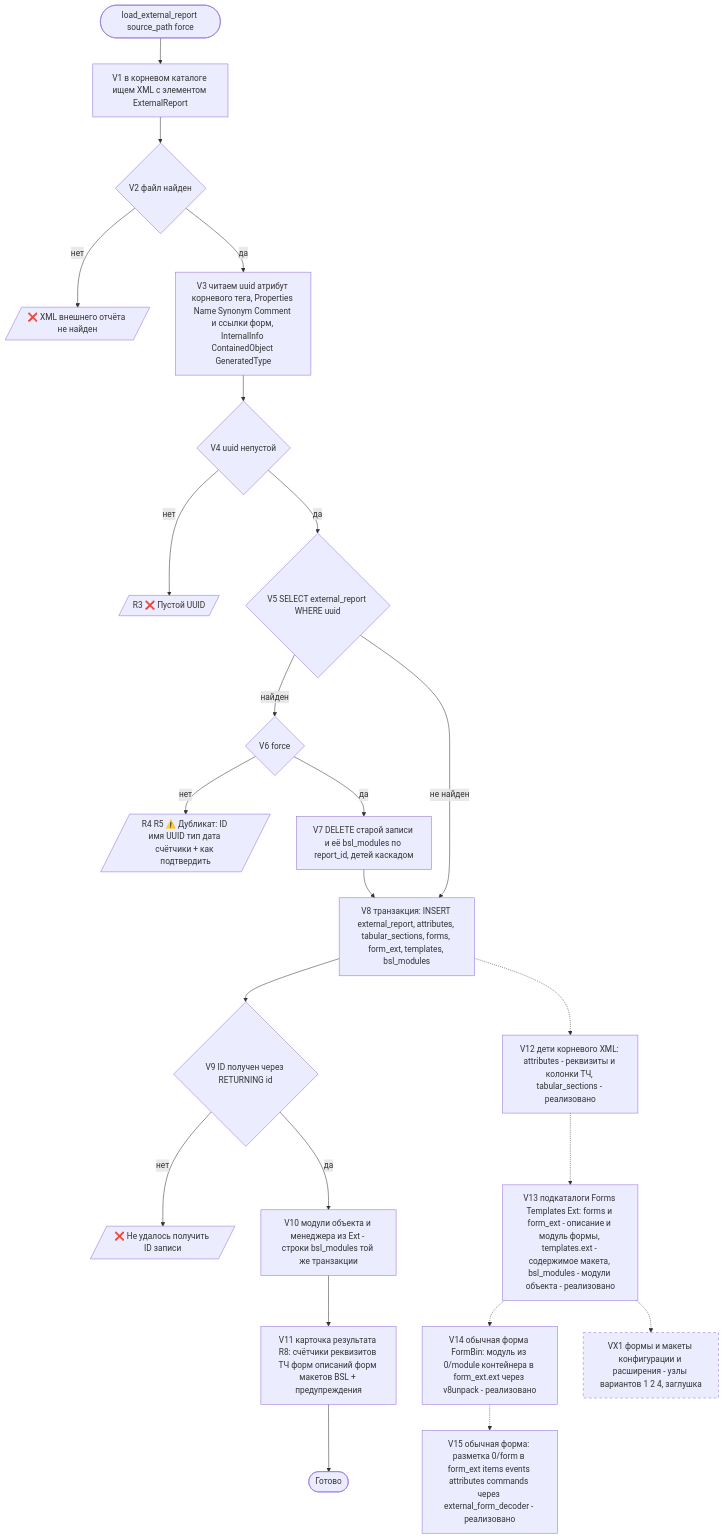
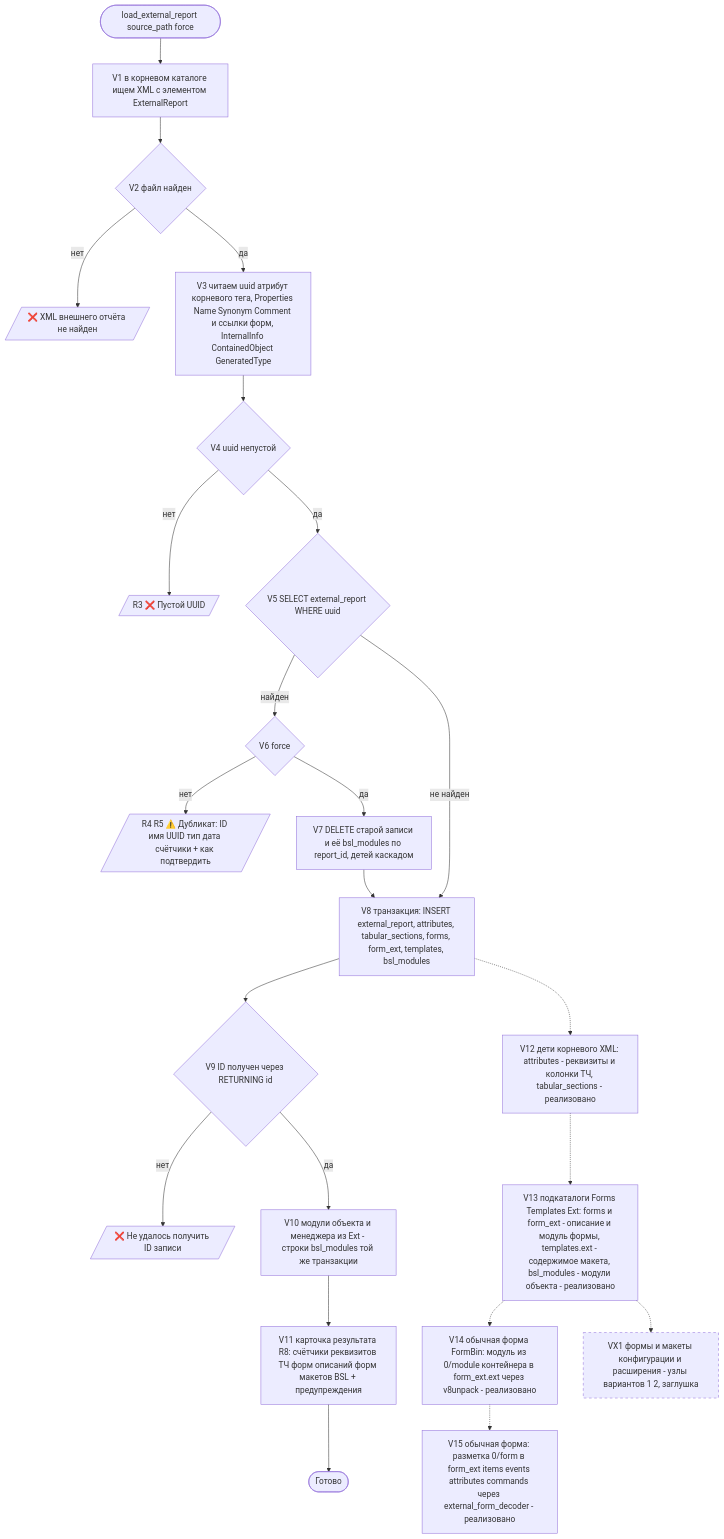
Before and after one commit to XXIVek/ckb: the third of 3 diagrams in docs/config-scenarios/FLOWCHART_1c-configurations-core.md, drawn with Mermaid. The commit also changed other lines of this file and 36 other files, not shown here.

````diff
--- a/docs/config-scenarios/FLOWCHART_1c-configurations-core.md
+++ b/docs/config-scenarios/FLOWCHART_1c-configurations-core.md
@@ -123,32 +124,32 @@
 ```mermaid
 flowchart TD
     S([load_external_report source_path force]) --> V1[V1 в корневом каталоге ищем XML с элементом ExternalReport]
     V1 --> V2{V2 файл найден}
     V2 -- нет --> Y1[/❌ XML внешнего отчёта не найден/]
     V2 -- да --> V3[V3 читаем uuid атрибут корневого тега, Properties Name Synonym Comment и ссылки форм, InternalInfo ContainedObject GeneratedType]
     V3 --> V4{V4 uuid непустой}
     V4 -- нет --> Y2[/R3 ❌ Пустой UUID/]
     V4 -- да --> V5{V5 SELECT external_report WHERE uuid}
     V5 -- найден --> V6{V6 force}
     V6 -- нет --> Y3[/R4 R5 ⚠️ Дубликат: ID имя UUID тип дата счётчики + как подтвердить/]
     V6 -- да --> V7[V7 DELETE старой записи и её bsl_modules по report_id, детей каскадом]
     V5 -- не найден --> V8[V8 транзакция: INSERT external_report, attributes, tabular_sections, forms, form_ext, templates, bsl_modules]
     V7 --> V8
     V8 --> V9{V9 ID получен через RETURNING id}
     V9 -- нет --> Y4[/❌ Не удалось получить ID записи/]
     V9 -- да --> V10[V10 модули объекта и менеджера из Ext - строки bsl_modules той же транзакции]
     V10 --> V11[V11 карточка результата R8: счётчики реквизитов ТЧ форм описаний форм макетов BSL + предупреждения]
     V11 --> E([Готово])
     V12[V12 дети корневого XML: attributes - реквизиты и колонки ТЧ, tabular_sections - реализовано]
     V8 -.-> V12
     V13[V13 подкаталоги Forms Templates Ext: forms и form_ext - описание и модуль формы, templates.ext - содержимое макета, bsl_modules - модули объекта - реализовано]
     V12 -.-> V13
     V14[V14 обычная форма FormBin: модуль из 0/module контейнера в form_ext.ext через v8unpack - реализовано]
     V13 -.-> V14
     V15[V15 обычная форма: разметка 0/form в form_ext items events attributes commands через external_form_decoder - реализовано]
     V14 -.-> V15
-    VX1[VX1 формы и макеты конфигурации и расширения - узлы вариантов 1 2 4, заглушка]
+    VX1[VX1 формы и макеты конфигурации и расширения - узлы вариантов 1 2, заглушка]
     V13 -.-> VX1
     classDef deferred stroke-dasharray: 5 5;
     class VX1 deferred;
 ```
````
